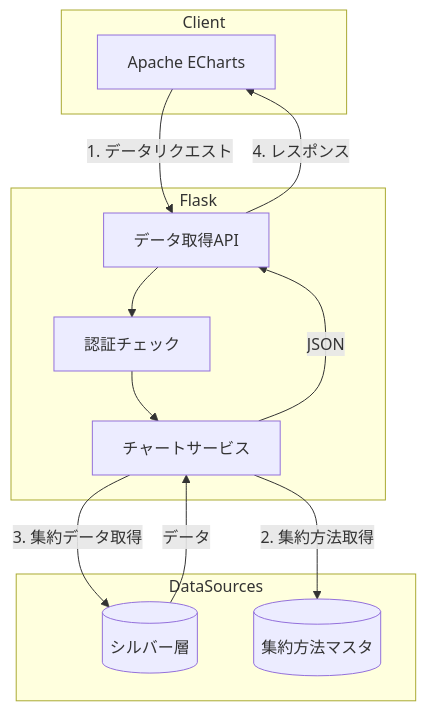
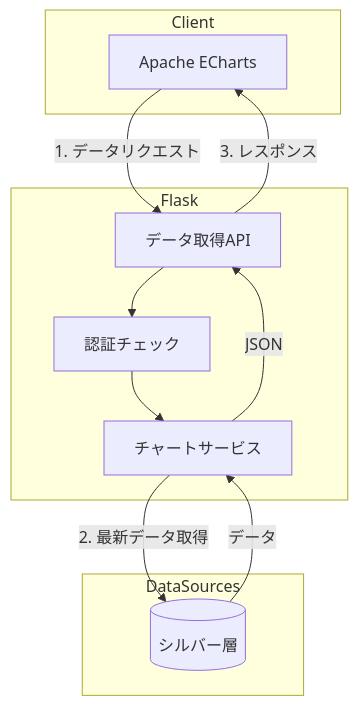
One commit to NSW-SVCP-AIWG002/Databricks-IoT changed the first of 5 diagrams in docs/03-features/flask-app/dashboard-circle/workflow-specification.md. Above: the diagram before and after it, drawn with Mermaid. The commit also changed other lines of this file and 1 other file, not shown here.

````diff
--- a/docs/03-features/flask-app/dashboard-circle/workflow-specification.md
+++ b/docs/03-features/flask-app/dashboard-circle/workflow-specification.md
@@ -63,26 +63,24 @@
 ```mermaid
 flowchart TB
     subgraph Client
         JSChart[Apache ECharts]
     end
 
     subgraph Flask
         RouteAPI[データ取得API]
         Auth[認証チェック]
         ChartService[チャートサービス]
     end
 
     subgraph DataSources
         Silver[(シルバー層)]
-        Master[(集約方法マスタ)]
     end
 
     JSChart -->|1. データリクエスト| RouteAPI
     RouteAPI --> Auth
     Auth --> ChartService
-    ChartService -->|2. 集約方法取得| Master
-    ChartService -->|3. 集約データ取得| Silver
+    ChartService -->|2. 最新データ取得| Silver
     Silver -->|データ| ChartService
     ChartService -->|JSON| RouteAPI
-    RouteAPI -->|4. レスポンス| JSChart
+    RouteAPI -->|3. レスポンス| JSChart
 ```
````
